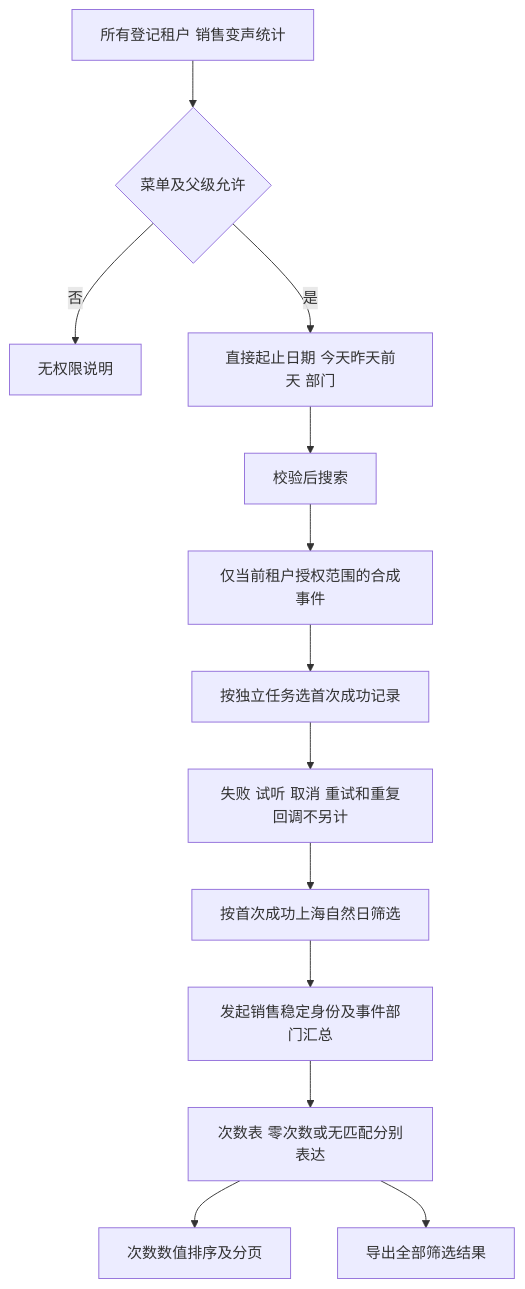
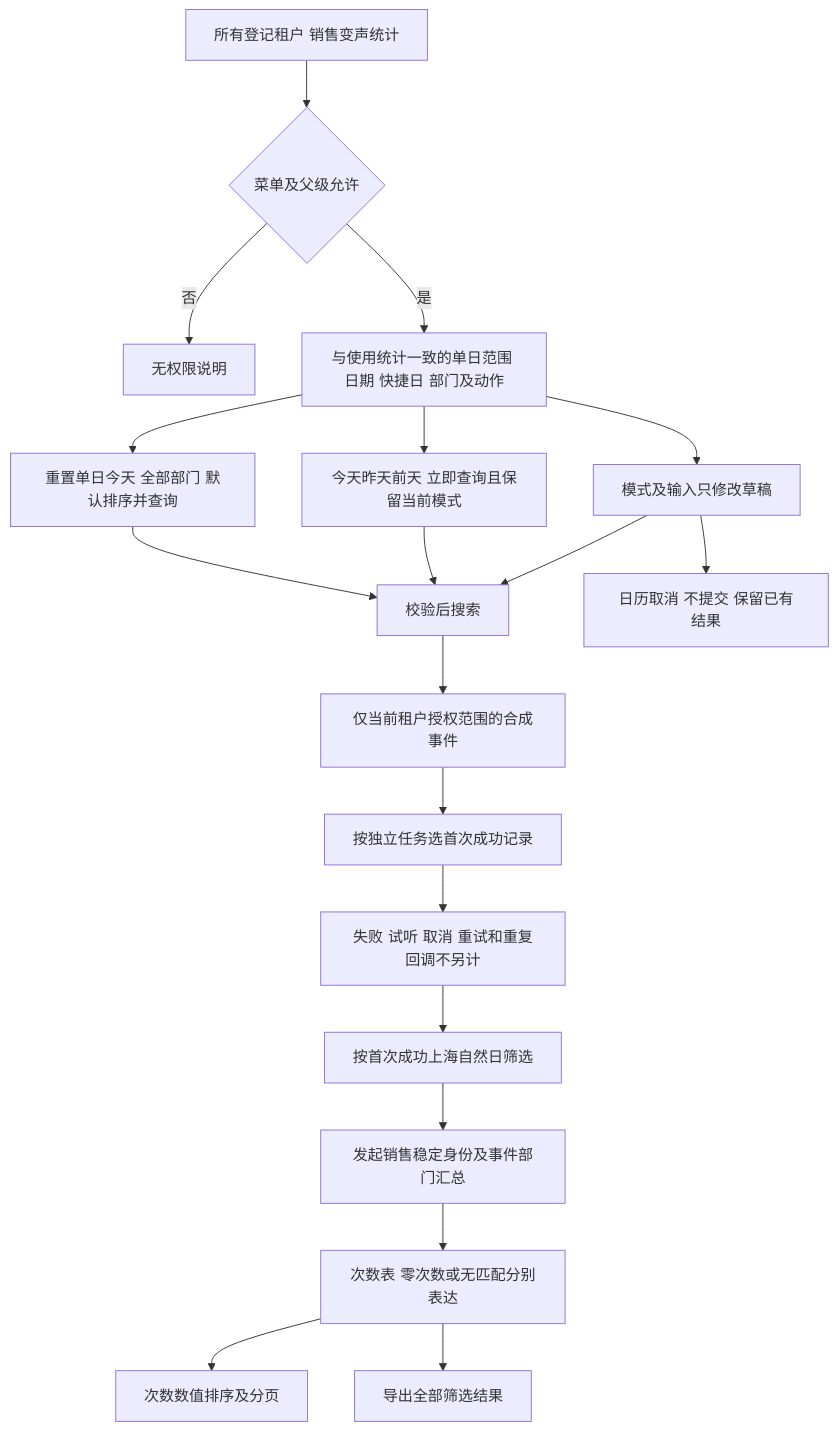
The fourth of 9 diagrams in flowcharts/admin-live-reference.md (xfang9528-glitch/suiyin-admin), drawn with Mermaid before and after one commit. The commit also changed other lines of this file and 97 other files, not shown here.

````diff
--- a/flowcharts/admin-live-reference.md
+++ b/flowcharts/admin-live-reference.md
@@ -75,15 +75,21 @@
 ```mermaid
 flowchart TD
     Entry[所有登记租户 销售变声统计] --> Permission{菜单及父级允许}
     Permission -->|否| Denied[无权限说明]
-    Permission -->|是| Range[直接起止日期 今天昨天前天 部门]
-    Range --> Search[校验后搜索]
+    Permission -->|是| Form[与使用统计一致的单日范围 日期 快捷日 部门及动作]
+    Form --> Draft[模式及输入只修改草稿]
+    Draft --> Search[校验后搜索]
+    Form --> Quick[今天昨天前天 立即查询且保留当前模式]
+    Quick --> Search
+    Form --> Reset[重置单日今天 全部部门 默认排序并查询]
+    Reset --> Search
+    Draft --> Cancel[日历取消 不提交 保留已有结果]
     Search --> Tenant[仅当前租户授权范围的合成事件]
     Tenant --> Dedup[按独立任务选首次成功记录]
     Dedup --> Exclude[失败 试听 取消 重试和重复回调不另计]
     Exclude --> Time[按首次成功上海自然日筛选]
     Time --> Aggregate[发起销售稳定身份及事件部门汇总]
     Aggregate --> Result[次数表 零次数或无匹配分别表达]
     Result --> Sort[次数数值排序及分页]
     Result --> Export[导出全部筛选结果]
 ```
````
